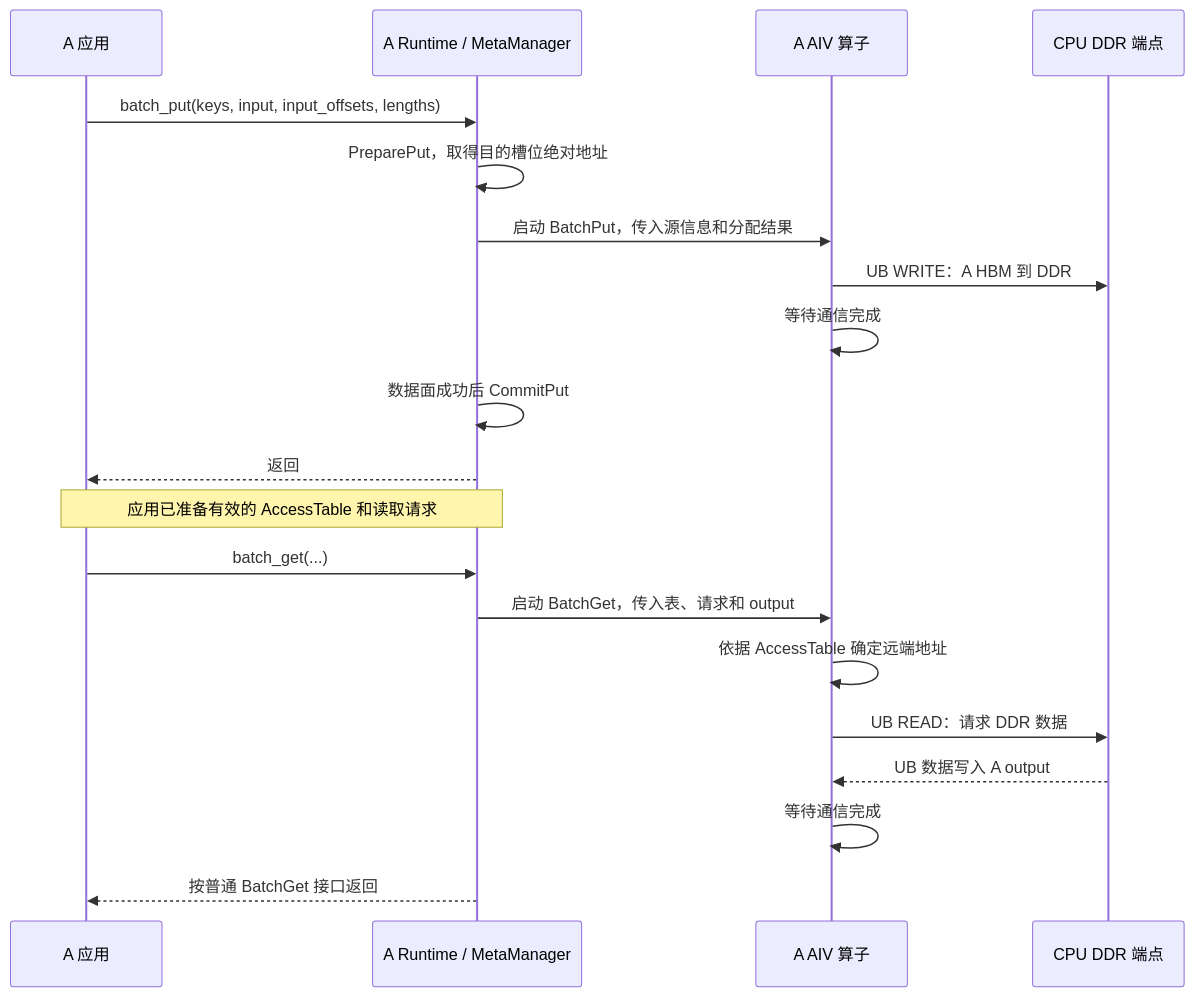
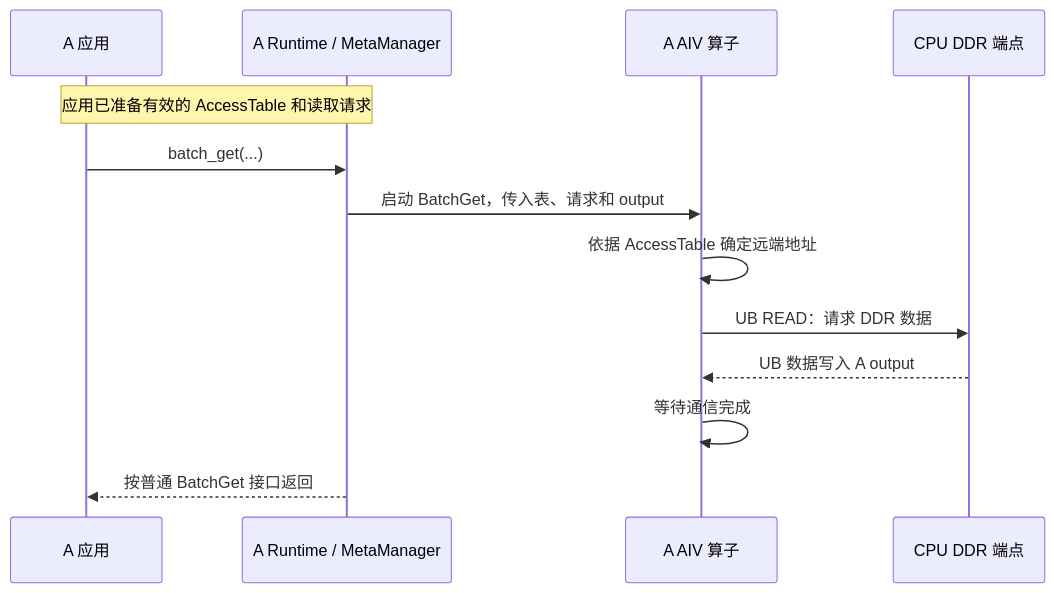
One commit to zxdgongjue-spec/KVAF changed the seventh of 7 diagrams in docs/connection_handshake_flows.md. Above: the diagram before and after it, drawn with Mermaid. The commit also changed other lines of this file, not shown here.

````diff
--- a/docs/connection_handshake_flows.md
+++ b/docs/connection_handshake_flows.md
@@ -460,24 +532,16 @@
 ```mermaid
 sequenceDiagram
     participant AC as A 应用
     participant A as A Runtime / MetaManager
     participant K as A AIV 算子
     participant C as CPU DDR 端点
-
-    AC->>A: batch_put(keys, input, input_offsets, lengths)
-    A->>A: PreparePut，取得目的槽位绝对地址
-    A->>K: 启动 BatchPut，传入源信息和分配结果
-    K->>C: UB WRITE：A HBM 到 DDR
-    K->>K: 等待通信完成
-    A->>A: 数据面成功后 CommitPut
-    A-->>AC: 返回
 
     Note over AC,A: 应用已准备有效的 AccessTable 和读取请求
     AC->>A: batch_get(...)
     A->>K: 启动 BatchGet，传入表、请求和 output
     K->>K: 依据 AccessTable 确定远端地址
     K->>C: UB READ：请求 DDR 数据
     C-->>K: UB 数据写入 A output
     K->>K: 等待通信完成
     A-->>AC: 按普通 BatchGet 接口返回
 ```
````
